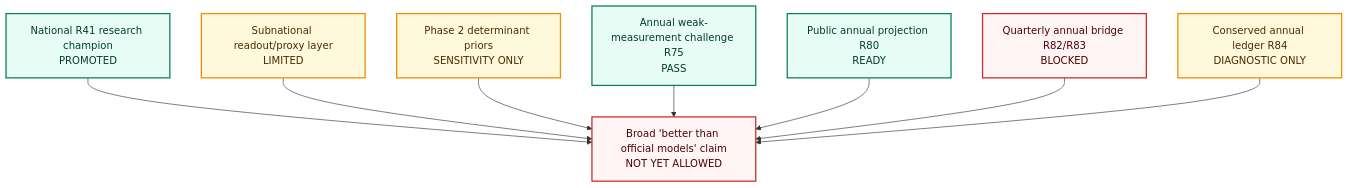
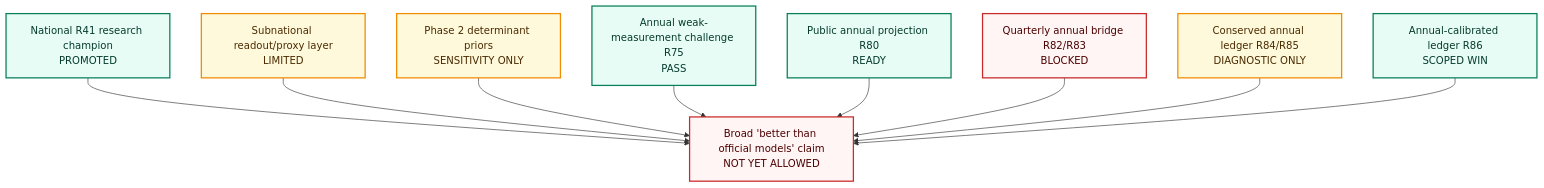
Before and after one commit to gauravshajepal-hash/ModelHIV-PH: the second of 5 diagrams in README.md, drawn with Mermaid. The commit also changed other lines of this file and 4 other files, not shown here.

Commit message:
Add R86 annual-calibrated ledger win

````diff
--- a/README.md
+++ b/README.md
@@ -65,23 +65,25 @@
 ```mermaid
 flowchart TB
     A["National R41 research champion<br/>PROMOTED"]:::pass
     B["Subnational readout/proxy layer<br/>LIMITED"]:::warn
     C["Phase 2 determinant priors<br/>SENSITIVITY ONLY"]:::warn
     D["Annual weak-measurement challenge R75<br/>PASS"]:::pass
     E["Public annual projection R80<br/>READY"]:::pass
     F["Quarterly annual bridge R82/R83<br/>BLOCKED"]:::fail
-    G["Conserved annual ledger R84<br/>DIAGNOSTIC ONLY"]:::warn
+    G["Conserved annual ledger R84/R85<br/>DIAGNOSTIC ONLY"]:::warn
+    I["Annual-calibrated ledger R86<br/>SCOPED WIN"]:::pass
     H["Broad 'better than official models' claim<br/>NOT YET ALLOWED"]:::fail
 
     A --> H
     B --> H
     C --> H
     D --> H
     E --> H
     F --> H
     G --> H
+    I --> H
 
     classDef pass fill:#e6fcf5,stroke:#087f5b,stroke-width:2px,color:#063b2c;
     classDef warn fill:#fff9db,stroke:#f08c00,stroke-width:2px,color:#4a2a00;
     classDef fail fill:#fff5f5,stroke:#c92a2a,stroke-width:2px,color:#4d0000;
 ```
````
